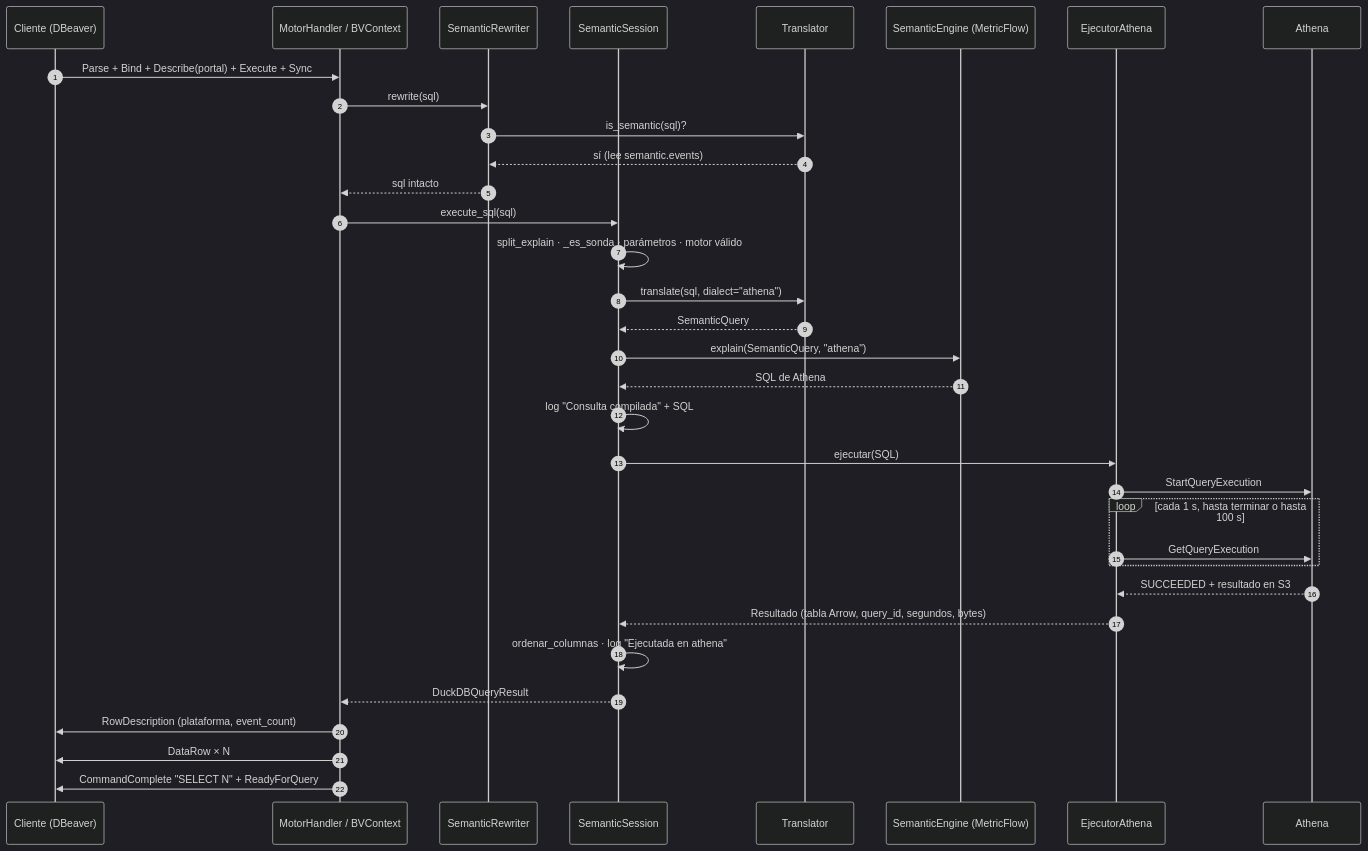
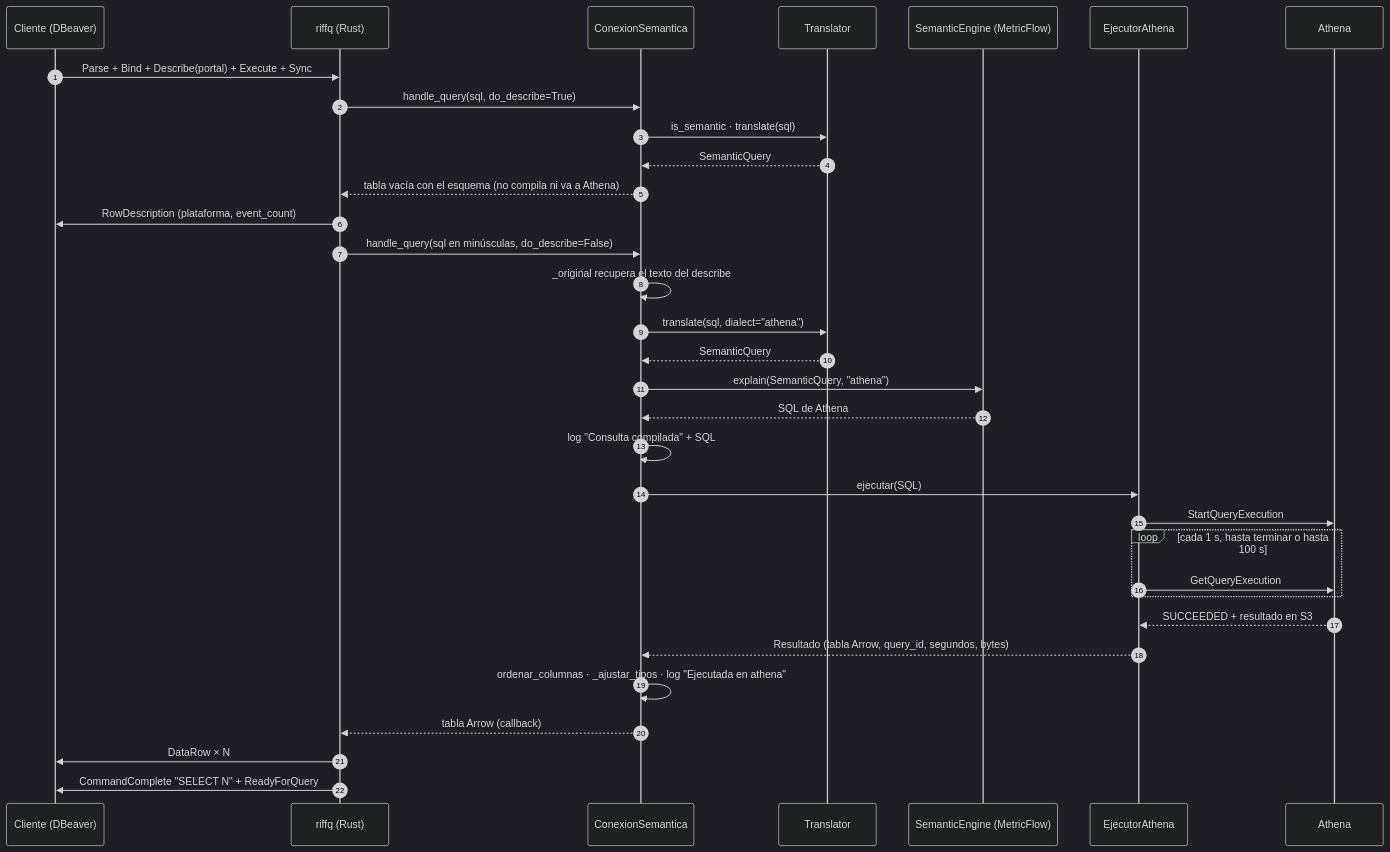
Before and after one commit to Rodarami/dbt-semantic-layer: the fourth of 8 diagrams in docs/arquitectura_gateway.md, drawn with Mermaid (dark theme). The commit also changed other lines of this file and 24 other files, not shown here.

````diff
--- a/docs/arquitectura_gateway.md
+++ b/docs/arquitectura_gateway.md
@@ -222,37 +228,36 @@
 ```mermaid
 sequenceDiagram
     autonumber
     participant C as Cliente (DBeaver)
-    participant H as MotorHandler / BVContext
-    participant R as SemanticRewriter
-    participant S as SemanticSession
+    participant R as riffq (Rust)
+    participant S as ConexionSemantica
     participant T as Translator
     participant M as SemanticEngine (MetricFlow)
     participant E as EjecutorAthena
     participant A as Athena
 
-    C->>H: Parse + Bind + Describe(portal) + Execute + Sync
-    H->>R: rewrite(sql)
-    R->>T: is_semantic(sql)?
-    T-->>R: sí (lee semantic.events)
-    R-->>H: sql intacto
-    H->>S: execute_sql(sql)
-    S->>S: split_explain · _es_sonda · parámetros · motor válido
+    C->>R: Parse + Bind + Describe(portal) + Execute + Sync
+    R->>S: handle_query(sql, do_describe=True)
+    S->>T: is_semantic · translate(sql)
+    T-->>S: SemanticQuery
+    S-->>R: tabla vacía con el esquema (no compila ni va a Athena)
+    R->>C: RowDescription (plataforma, event_count)
+    R->>S: handle_query(sql en minúsculas, do_describe=False)
+    S->>S: _original recupera el texto del describe
     S->>T: translate(sql, dialect="athena")
     T-->>S: SemanticQuery
     S->>M: explain(SemanticQuery, "athena")
     M-->>S: SQL de Athena
     S->>S: log "Consulta compilada" + SQL
     S->>E: ejecutar(SQL)
     E->>A: StartQueryExecution
     loop cada 1 s, hasta terminar o hasta 100 s
         E->>A: GetQueryExecution
     end
     A-->>E: SUCCEEDED + resultado en S3
     E-->>S: Resultado (tabla Arrow, query_id, segundos, bytes)
-    S->>S: ordenar_columnas · log "Ejecutada en athena"
-    S-->>H: DuckDBQueryResult
-    H->>C: RowDescription (plataforma, event_count)
-    H->>C: DataRow × N
-    H->>C: CommandComplete "SELECT N" + ReadyForQuery
+    S->>S: ordenar_columnas · _ajustar_tipos · log "Ejecutada en athena"
+    S-->>R: tabla Arrow (callback)
+    R->>C: DataRow × N
+    R->>C: CommandComplete "SELECT N" + ReadyForQuery
 ```
````
